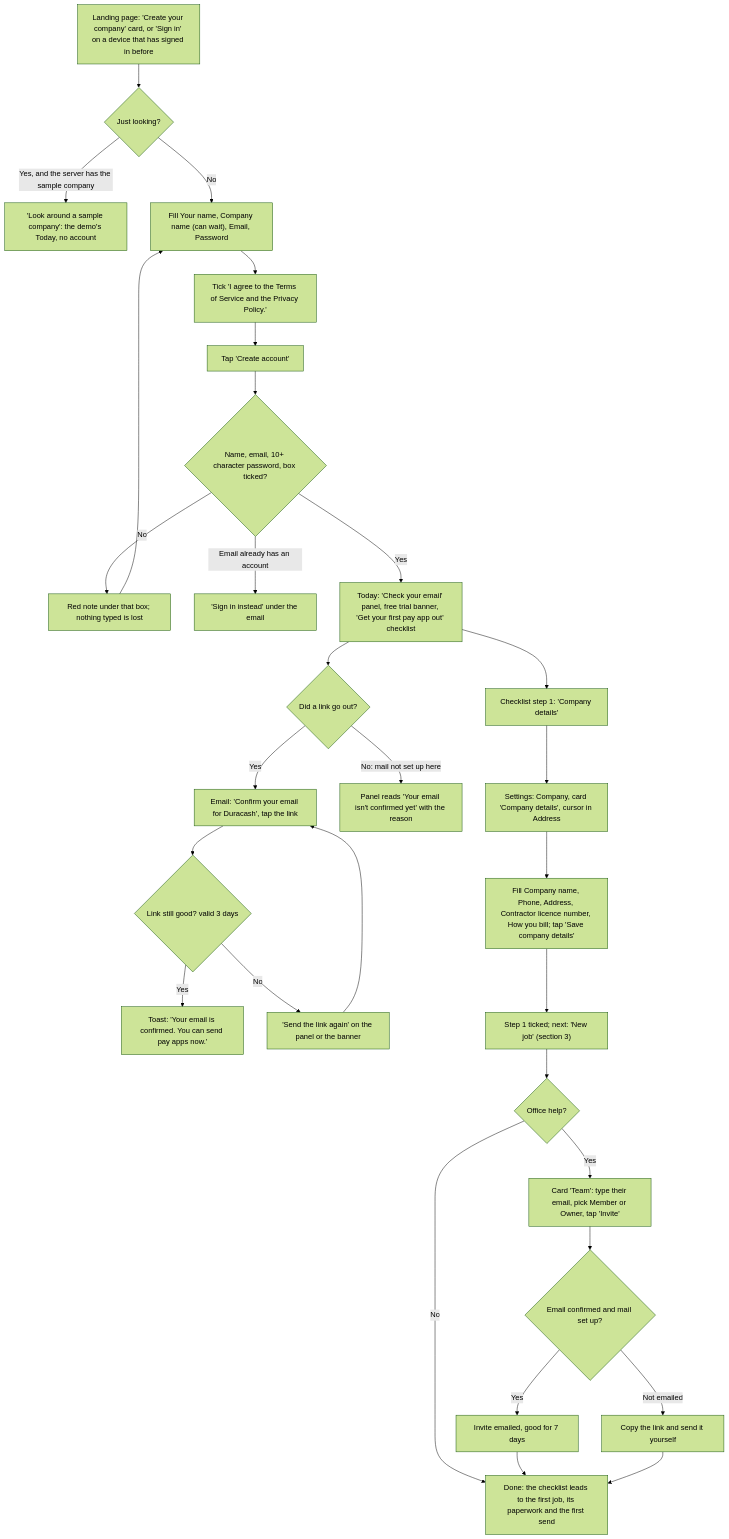
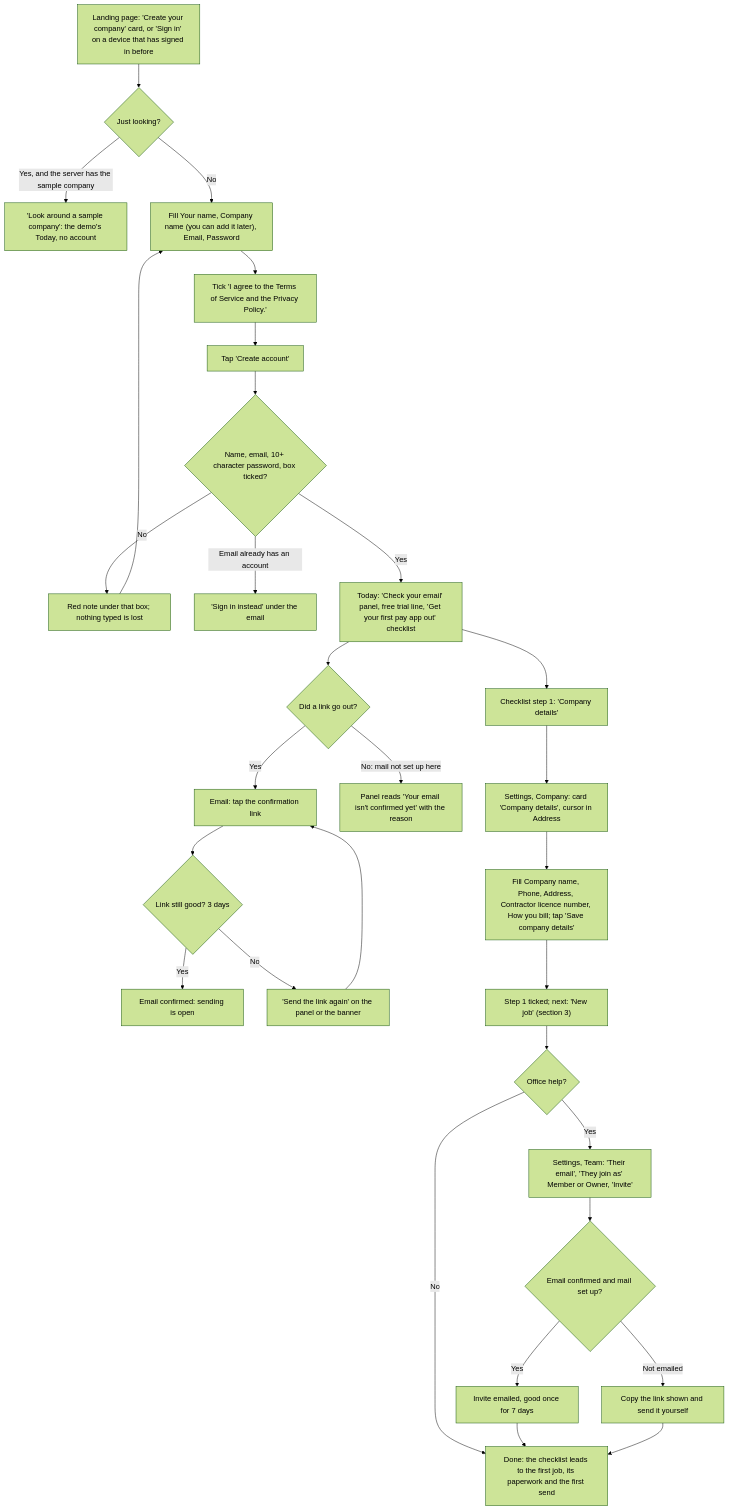
The second of 15 diagrams in docs/client-flows.md (cartwrightstephen/billdable), drawn with Mermaid (forest theme) before and after one commit. The commit also changed other lines of this file and 15 other files, not shown here.

First line of the commit message:
Round 6: R6-11 wireframes and flows caught up with the app

````diff
--- a/docs/client-flows.md
+++ b/docs/client-flows.md
@@ -65,32 +68,32 @@
 ```mermaid
 flowchart TD
     A["Landing page: 'Create your company' card, or 'Sign in' on a device that has signed in before"] --> A2{"Just looking?"}
     A2 -->|"Yes, and the server has the sample company"| DEMO["'Look around a sample company': the demo's Today, no account"]
-    A2 -->|"No"| B["Fill Your name, Company name (can wait), Email, Password"]
+    A2 -->|"No"| B["Fill Your name, Company name (you can add it later), Email, Password"]
     B --> C["Tick 'I agree to the Terms of Service and the Privacy Policy.'"]
     C --> D["Tap 'Create account'"]
     D --> E{"Name, email, 10+ character password, box ticked?"}
     E -->|"No"| E1["Red note under that box; nothing typed is lost"]
     E1 --> B
     E -->|"Email already has an account"| E2["'Sign in instead' under the email"]
-    E -->|"Yes"| F["Today: 'Check your email' panel, free trial banner, 'Get your first pay app out' checklist"]
+    E -->|"Yes"| F["Today: 'Check your email' panel, free trial line, 'Get your first pay app out' checklist"]
     F --> F1{"Did a link go out?"}
-    F1 -->|"Yes"| G["Email: 'Confirm your email for Duracash', tap the link"]
+    F1 -->|"Yes"| G["Email: tap the confirmation link"]
     F1 -->|"No: mail not set up here"| F2["Panel reads 'Your email isn't confirmed yet' with the reason"]
-    G --> H{"Link still good? valid 3 days"}
-    H -->|"Yes"| I["Toast: 'Your email is confirmed. You can send pay apps now.'"]
+    G --> H{"Link still good? 3 days"}
+    H -->|"Yes"| I["Email confirmed: sending is open"]
     H -->|"No"| J["'Send the link again' on the panel or the banner"]
     J --> G
     F --> K["Checklist step 1: 'Company details'"]
-    K --> L["Settings: Company, card 'Company details', cursor in Address"]
+    K --> L["Settings, Company: card 'Company details', cursor in Address"]
     L --> M["Fill Company name, Phone, Address, Contractor licence number, How you bill; tap 'Save company details'"]
     M --> N["Step 1 ticked; next: 'New job' (section 3)"]
     N --> O{"Office help?"}
-    O -->|"Yes"| P["Card 'Team': type their email, pick Member or Owner, tap 'Invite'"]
+    O -->|"Yes"| P["Settings, Team: 'Their email', 'They join as' Member or Owner, 'Invite'"]
     O -->|"No"| Q["Done: the checklist leads to the first job, its paperwork and the first send"]
     P --> R{"Email confirmed and mail set up?"}
-    R -->|"Yes"| S["Invite emailed, good for 7 days"]
-    R -->|"Not emailed"| T["Copy the link and send it yourself"]
+    R -->|"Yes"| S["Invite emailed, good once for 7 days"]
+    R -->|"Not emailed"| T["Copy the link shown and send it yourself"]
     S --> Q
     T --> Q
 ```
````
